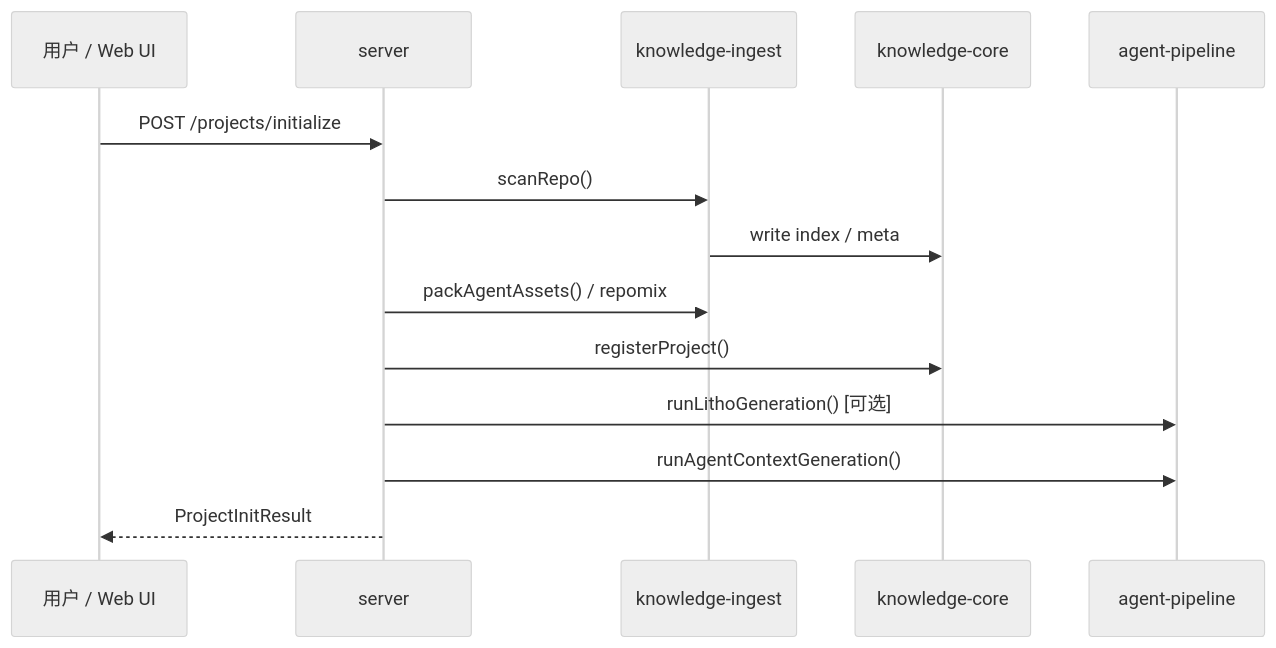
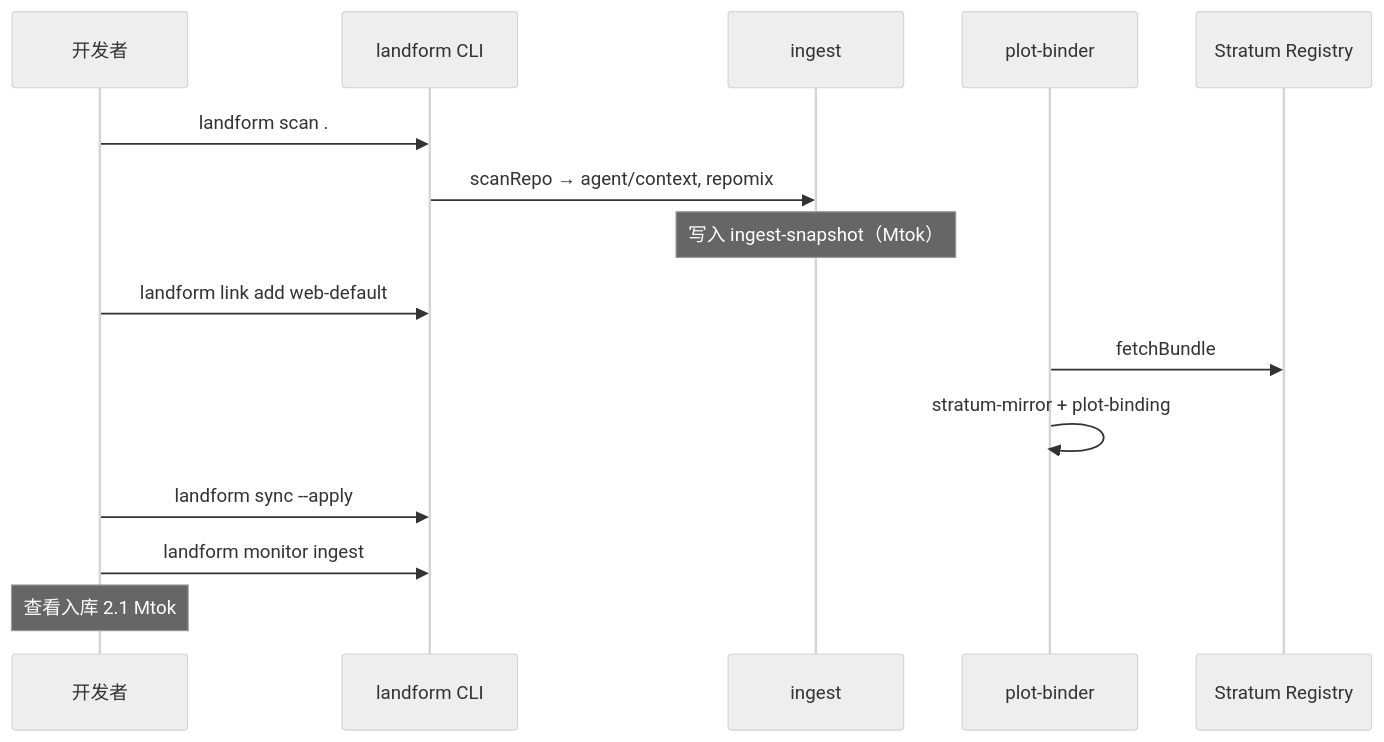
The third of 4 diagrams in docs/team-platform-technical-design.md (sopaco/terrain), drawn with Mermaid (neutral theme) before and after one commit. The commit also changed other lines of this file and 12 other files, not shown here.

````diff
--- a/docs/team-platform-technical-design.md
+++ b/docs/team-platform-technical-design.md
@@ -693,17 +725,18 @@
 ```mermaid
 sequenceDiagram
-    participant U as 用户 / Web UI
-    participant S as server
-    participant I as knowledge-ingest
-    participant C as knowledge-core
-    participant P as agent-pipeline
+    participant D as 开发者
+    participant CLI as landform CLI
+    participant I as ingest
+    participant B as plot-binder
+    participant R as Stratum Registry
 
-    U->>S: POST /projects/initialize
-    S->>I: scanRepo()
-    I->>C: write index / meta
-    S->>I: packAgentAssets() / repomix
-    S->>C: registerProject()
-    S->>P: runLithoGeneration() [可选]
-    S->>P: runAgentContextGeneration()
-    S-->>U: ProjectInitResult
+    D->>CLI: landform scan .
+    CLI->>I: scanRepo → agent/context, repomix
+    Note over I: 写入 ingest-snapshot（Mtok）
+    D->>CLI: landform link add web-default
+    B->>R: fetchBundle
+    B->>B: stratum-mirror + plot-binding
+    D->>CLI: landform sync --apply
+    D->>CLI: landform monitor ingest
+    Note over D: 查看入库 2.1 Mtok
 ```
````
